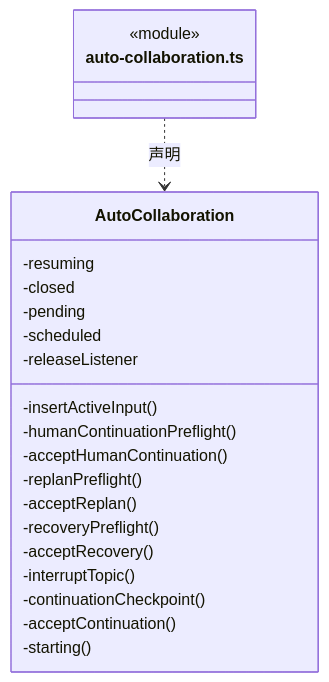
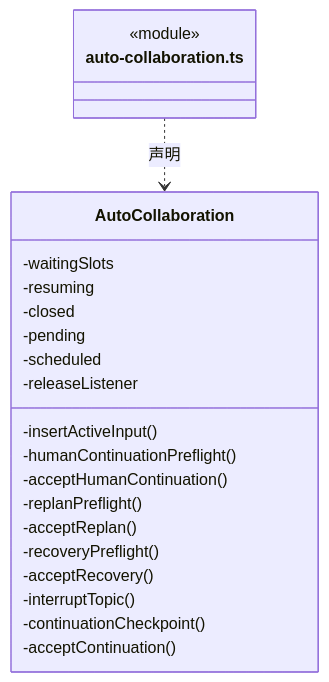
Before and after one commit to nan023062/cbim: the second of 15 diagrams in src/logic/dispatch/runtime/ARCHITECTURE.md, drawn with Mermaid. The commit also changed other lines of this file and 139 other files, not shown here.

Commit message:
docs(architecture): add source reading paths and complete file inventories

````diff
--- a/src/logic/dispatch/runtime/ARCHITECTURE.md
+++ b/src/logic/dispatch/runtime/ARCHITECTURE.md
@@ -105,25 +109,25 @@
 ```mermaid
 classDiagram
 class N_src_logic_dispatch_runtime_auto_collaboration_ts["auto-collaboration.ts"] {
   <<module>>
 }
 class N_src_logic_dispatch_runtime_auto_collaboration_ts_AutoCollaboration["AutoCollaboration"] {
+  -waitingSlots
   -resuming
   -closed
   -pending
   -scheduled
   -releaseListener
   -insertActiveInput()
   -humanContinuationPreflight()
   -acceptHumanContinuation()
   -replanPreflight()
   -acceptReplan()
   -recoveryPreflight()
   -acceptRecovery()
   -interruptTopic()
   -continuationCheckpoint()
   -acceptContinuation()
-  -starting()
 }
 N_src_logic_dispatch_runtime_auto_collaboration_ts ..> N_src_logic_dispatch_runtime_auto_collaboration_ts_AutoCollaboration : 声明
 ```
````
